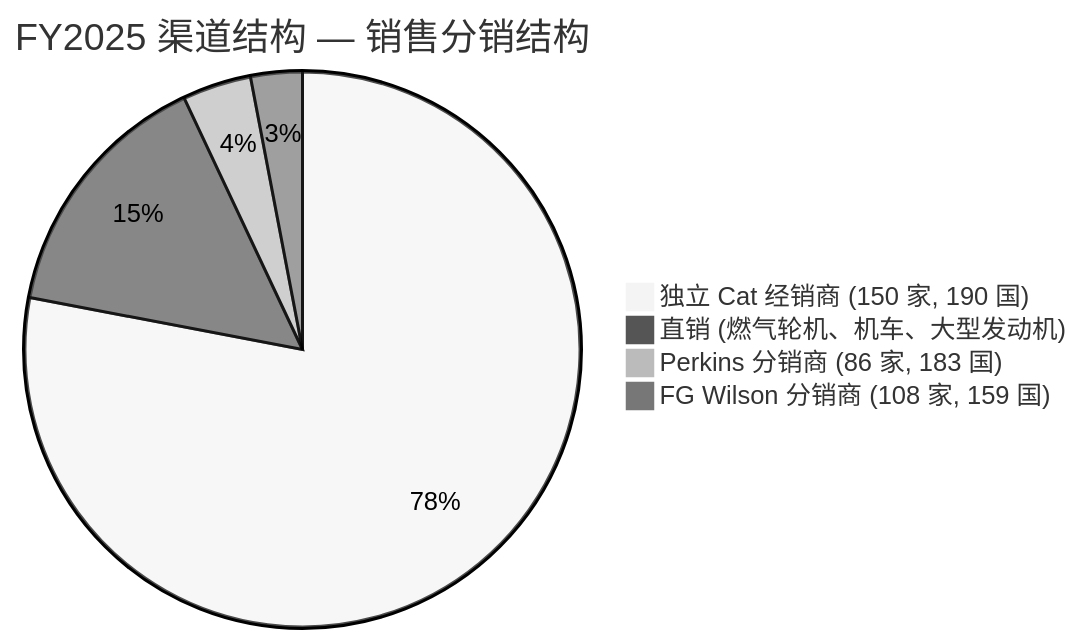
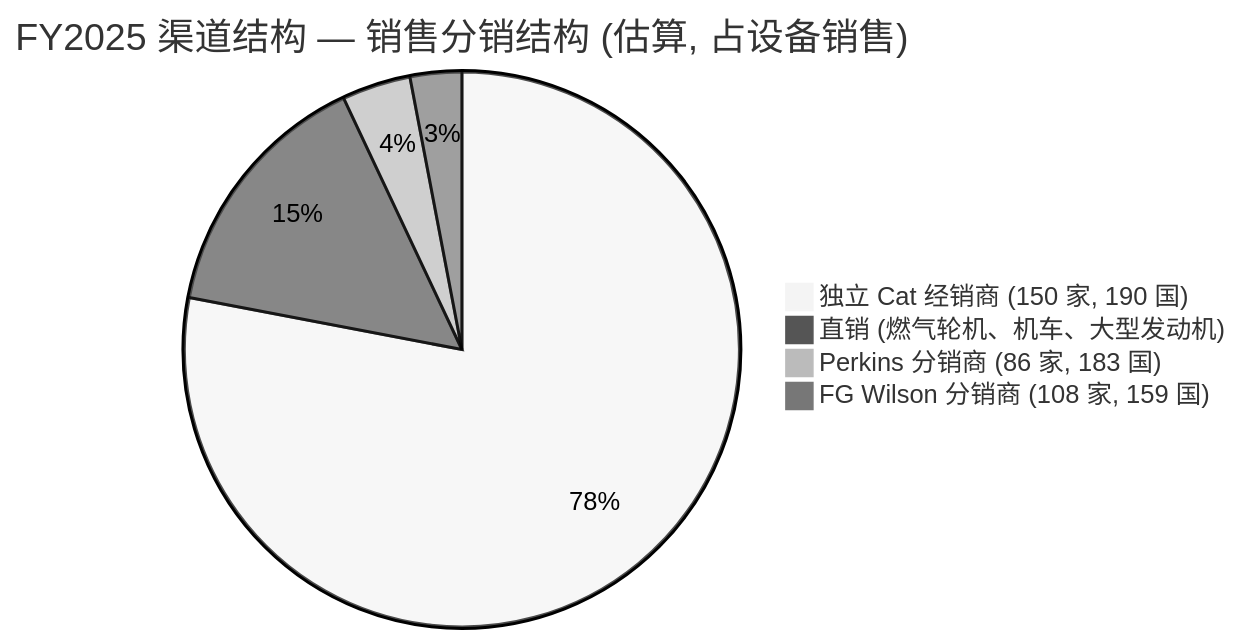
The fourth of 6 diagrams in reports/company/Caterpillar_NYSE_CAT/Caterpillar_NYSE_CAT_公司研究.md (dadachundan/financial_agent), drawn with Mermaid (neutral theme) before and after one commit. The commit also changed other lines of this file, not shown here.

First line of the commit message:
feat(company-research): refresh Caterpillar (CAT) to current spec — decision layer + full SVG chart suite

````diff
--- a/reports/company/Caterpillar_NYSE_CAT/Caterpillar_NYSE_CAT_公司研究.md
+++ b/reports/company/Caterpillar_NYSE_CAT/Caterpillar_NYSE_CAT_公司研究.md
@@ -210,7 +701,7 @@
 ```mermaid
-pie title FY2025 渠道结构 — 销售分销结构
+pie title FY2025 渠道结构 — 销售分销结构 (估算, 占设备销售)
     "独立 Cat 经销商 (150 家, 190 国)" : 78
     "直销 (燃气轮机、机车、大型发动机)" : 15
     "Perkins 分销商 (86 家, 183 国)" : 4
     "FG Wilson 分销商 (108 家, 159 国)" : 3
 ```
````
